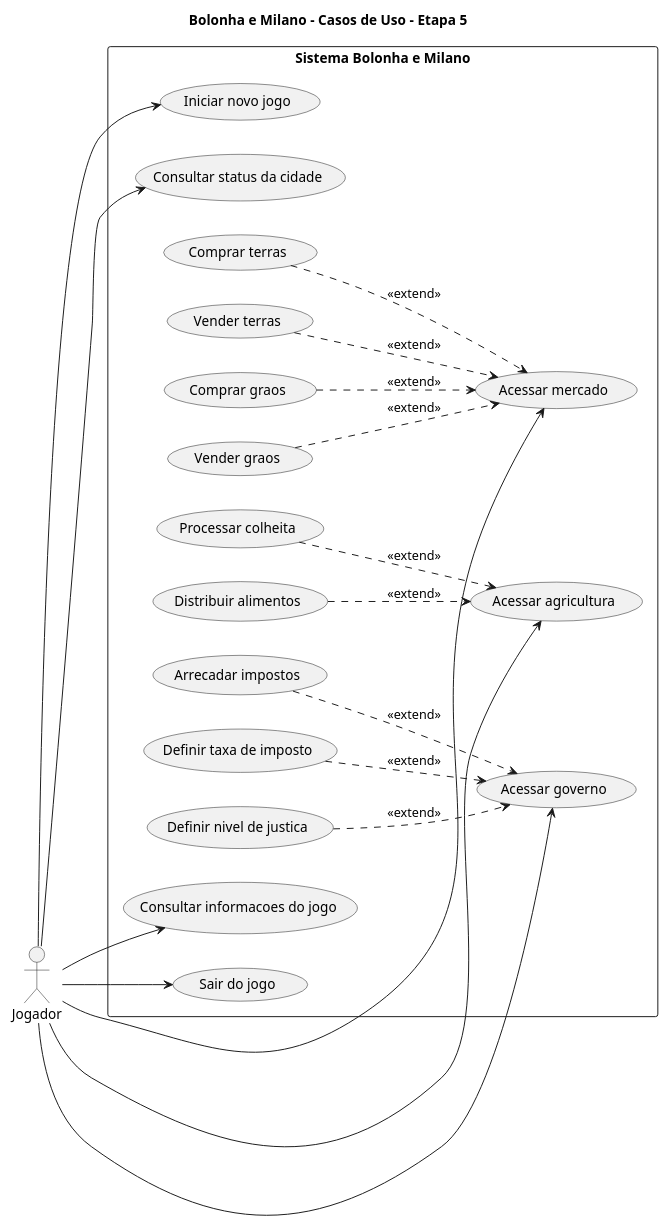
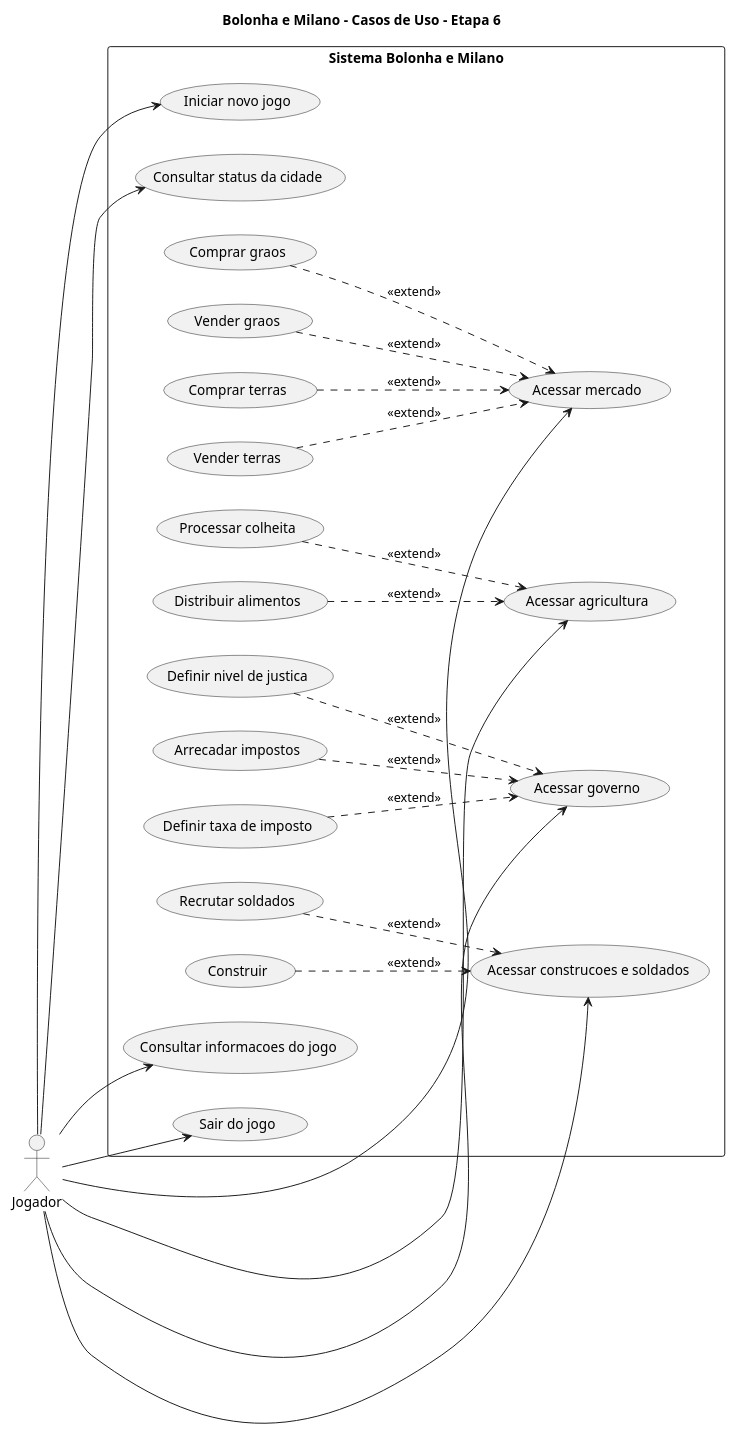
The diagram in casos-de-uso/Diagrama-casos-de-uso.puml (logalfran/projeto-bolonha-e-milano), drawn with PlantUML before and after one commit. The commit also changed 4 other files, not shown here.

Commit message:
Etapa 6: construcoes, soldados e diagramas UML

```diff
--- a/casos-de-uso/Diagrama-casos-de-uso.puml
+++ b/casos-de-uso/Diagrama-casos-de-uso.puml
@@ -1,62 +1,72 @@
 @startuml
-title Bolonha e Milano - Casos de Uso - Etapa 5
+title Bolonha e Milano - Casos de Uso - Etapa 6
 
 left to right direction
 
 ' Ator principal
 actor "Jogador" as J
 
 rectangle "Sistema Bolonha e Milano" {
 
     ' Funcionalidades principais
     usecase "Iniciar novo jogo" as UC1
     usecase "Consultar status da cidade" as UC2
 
     ' Mercado - Etapa 3
     usecase "Acessar mercado" as UC3
     usecase "Comprar graos" as UC4
     usecase "Vender graos" as UC5
     usecase "Comprar terras" as UC6
     usecase "Vender terras" as UC7
 
     ' Agricultura - Etapa 4
     usecase "Acessar agricultura" as UC8
     usecase "Processar colheita" as UC9
     usecase "Distribuir alimentos" as UC10
 
     ' Governo - Etapa 5
     usecase "Acessar governo" as UC11
     usecase "Arrecadar impostos" as UC12
     usecase "Definir taxa de imposto" as UC13
     usecase "Definir nivel de justica" as UC14
 
+    ' Construcoes - Etapa 6
+    usecase "Acessar construcoes e soldados" as UC17
+    usecase "Recrutar soldados" as UC18
+    usecase "Construir" as UC19
+
     ' Outras funcionalidades
     usecase "Consultar informacoes do jogo" as UC15
     usecase "Sair do jogo" as UC16
 }
 
 ' Funcionalidades acessadas pelo jogador
 J --> UC1
 J --> UC2
 J --> UC3
 J --> UC8
 J --> UC11
+J --> UC17
 J --> UC15
 J --> UC16
 
 ' Operacoes do mercado
 UC4 ..> UC3 : <<extend>>
 UC5 ..> UC3 : <<extend>>
 UC6 ..> UC3 : <<extend>>
 UC7 ..> UC3 : <<extend>>
 
 ' Operacoes da agricultura
 UC9 ..> UC8 : <<extend>>
 UC10 ..> UC8 : <<extend>>
 
 ' Operacoes do governo
 UC12 ..> UC11 : <<extend>>
 UC13 ..> UC11 : <<extend>>
 UC14 ..> UC11 : <<extend>>
 
+' Operacoes de construcoes e soldados
+UC18 ..> UC17 : <<extend>>
+UC19 ..> UC17 : <<extend>>
+
 @enduml
```
